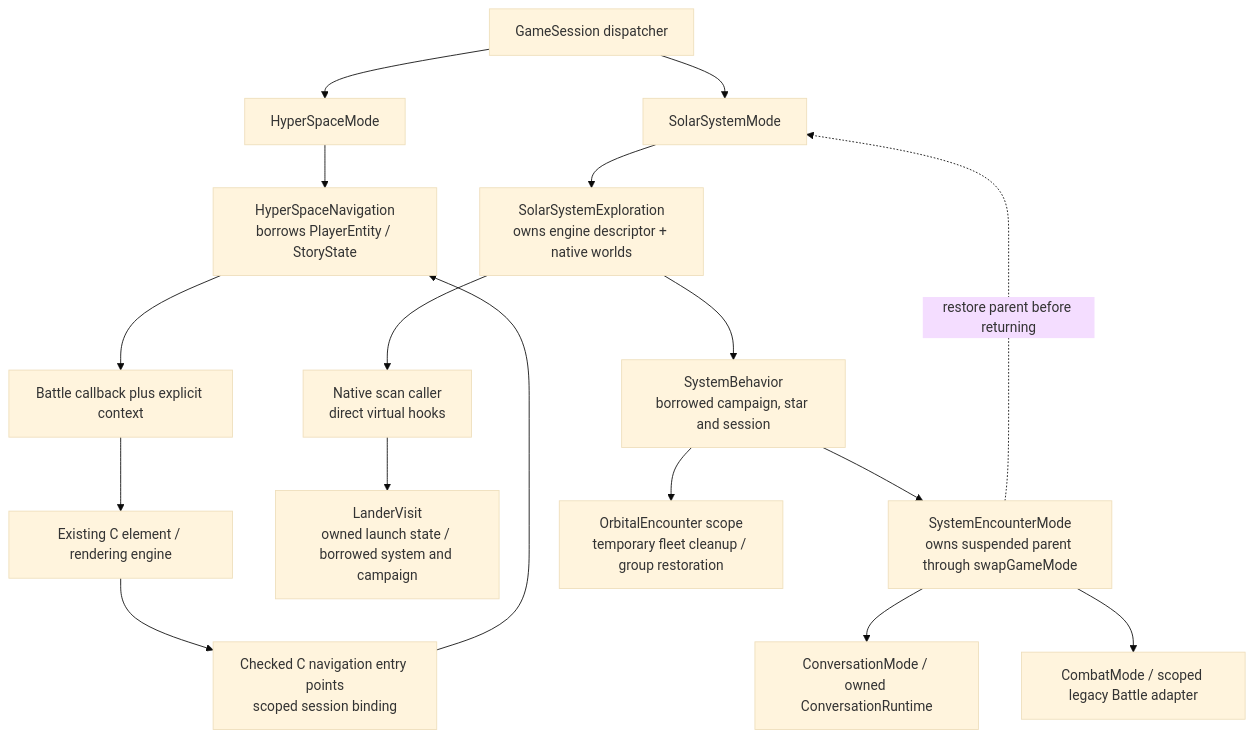
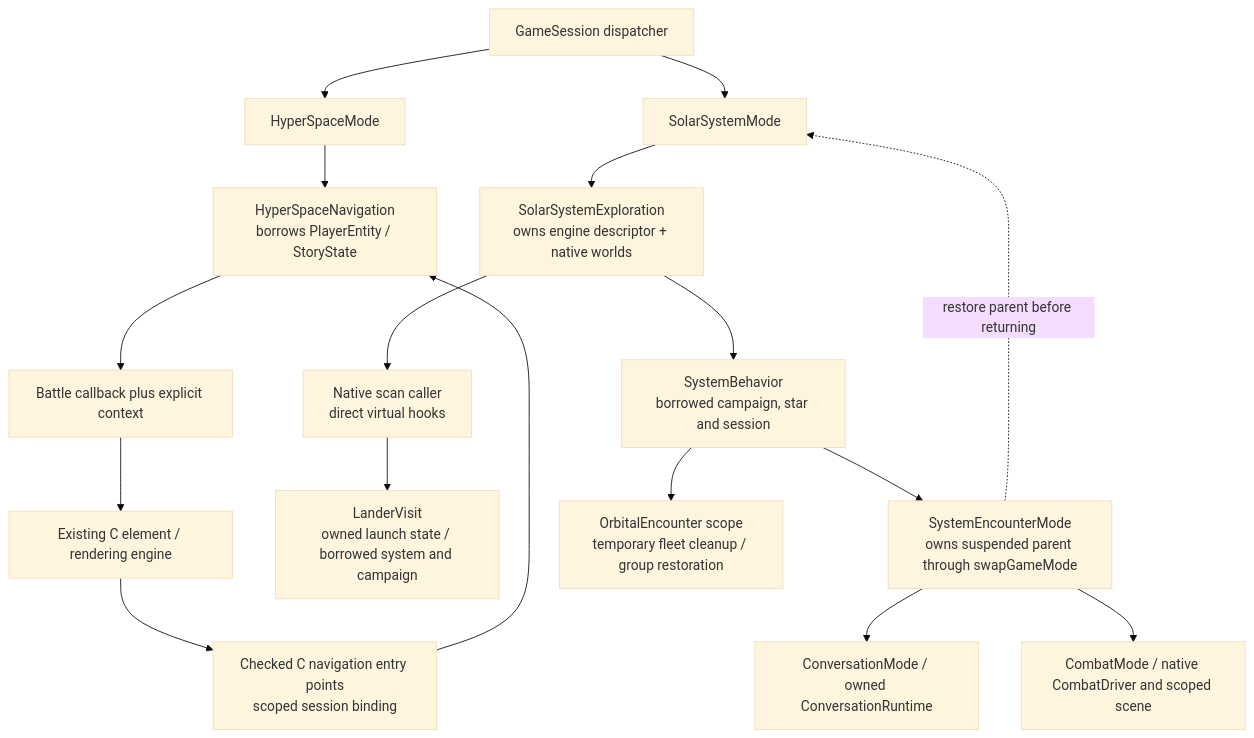
One commit to yost-jacob/uqm-cpp17 changed the diagram in docs/design/runtime-encapsulation.md. Above: the diagram before and after it, drawn with Mermaid (base theme). The commit also changed other lines of this file and 28 other files, not shown here.

Commit message:
Replace the C battle driver with native orchestration and frame loop

````diff
--- a/docs/design/runtime-encapsulation.md
+++ b/docs/design/runtime-encapsulation.md
@@ -6,19 +6,19 @@
 ```mermaid
 flowchart TD
     Session["GameSession dispatcher"] --> Hyper["HyperSpaceMode"]
     Session --> Solar["SolarSystemMode"]
     Hyper --> Nav["HyperSpaceNavigation<br/>borrows PlayerEntity / StoryState"]
     Nav --> Frame["Battle callback plus explicit context"]
     Frame --> Engine["Existing C element / rendering engine"]
     Engine --> Bind["Checked C navigation entry points<br/>scoped session binding"]
     Bind --> Nav
     Solar --> Explore["SolarSystemExploration<br/>owns engine descriptor + native worlds"]
     Explore --> Rules["SystemBehavior<br/>borrowed campaign, star and session"]
     Explore --> Scan["Native scan caller<br/>direct virtual hooks"]
     Scan --> Lander["LanderVisit<br/>owned launch state / borrowed system and campaign"]
     Rules --> Child["SystemEncounterMode<br/>owns suspended parent through swapGameMode"]
     Child --> Dialog["ConversationMode / owned ConversationRuntime"]
-    Child --> Combat["CombatMode / scoped legacy Battle adapter"]
+    Child --> Combat["CombatMode / native CombatDriver and scoped scene"]
     Child -. restore parent before returning .-> Solar
     Rules --> Fleet["OrbitalEncounter scope<br/>temporary fleet cleanup / group restoration"]
 ```
````
